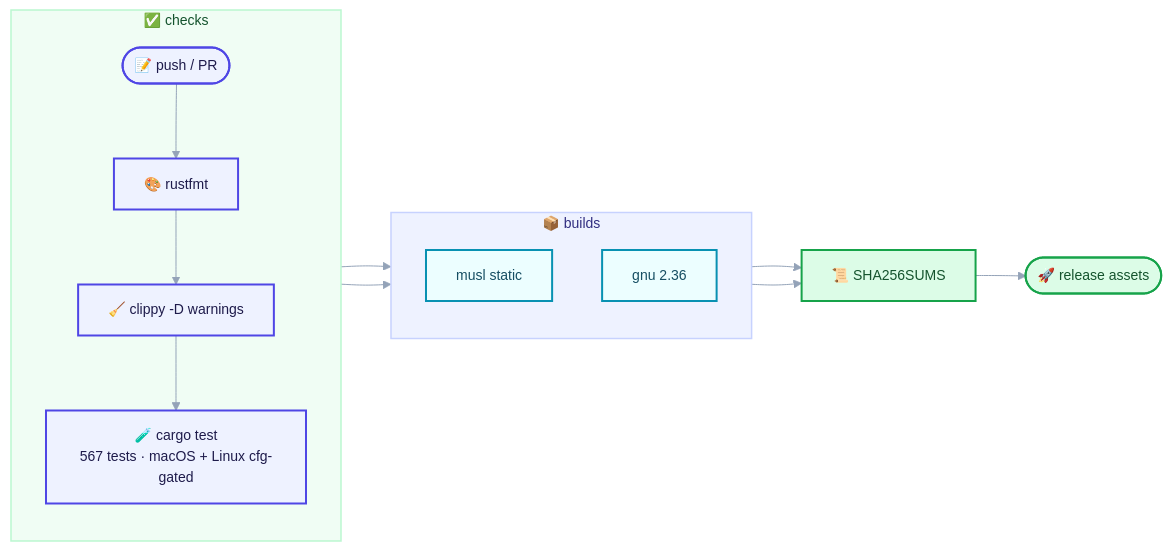
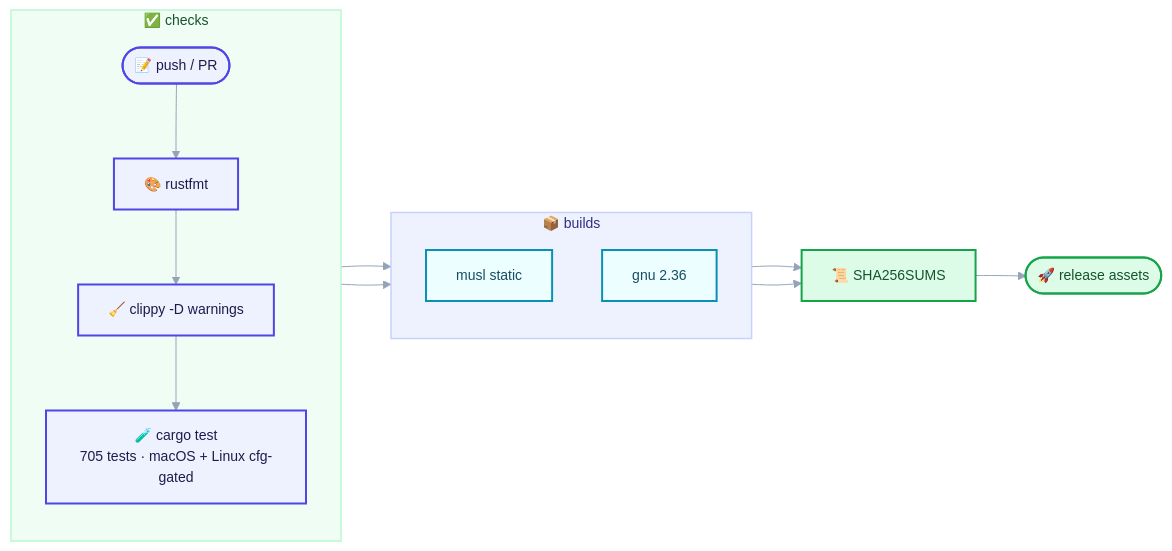
One commit to Terutoki/MyQUIC2 changed diagram 31 of 31 in README.md. Above: the diagram before and after it, drawn with Mermaid. The commit also changed other lines of this file and 2 other files, not shown here.

````diff
--- a/README.md
+++ b/README.md
@@ -2168,30 +2168,30 @@
 ```mermaid
 %%{init: {"theme":"base","themeVariables":{"fontSize":"14px","lineColor":"#94a3b8","textColor":"#0f172a","edgeLabelBackground":"#f8fafc"}}}%%
 flowchart LR
     accTitle: Continuous integration and release pipeline
     accDescr: Formatting, Clippy, and the full test suite gate two static builds, whose artifacts are hashed and published as release assets.
     subgraph CHECK["✅ checks"]
         direction TB
         C(["📝 push / PR"]) --> F["🎨 rustfmt"]
         F --> L["🧹 clippy -D warnings"]
-        L --> T["🧪 cargo test<br/>567 tests · macOS + Linux cfg-gated"]
+        L --> T["🧪 cargo test<br/>705 tests · macOS + Linux cfg-gated"]
     end
     subgraph BUILD["📦 builds"]
         direction TB
         M["musl static"]
         G["gnu 2.36"]
     end
     T --> M
     T --> G
     M --> A["📜 SHA256SUMS"]
     G --> A
     A --> R(["🚀 release assets"])
     classDef tunnel fill:#eef2ff,stroke:#4f46e5,stroke-width:2px,color:#1e1b4b
     classDef wire fill:#ecfeff,stroke:#0891b2,stroke-width:2px,color:#164e63
     classDef edge fill:#dcfce7,stroke:#16a34a,stroke-width:2px,color:#14532d
     class C,F,L,T tunnel
     class M,G wire
     class A,R edge
     style CHECK fill:#f0fdf4,stroke:#bbf7d0,stroke-width:1.5px,color:#14532d
     style BUILD fill:#eef2ff,stroke:#c7d2fe,stroke-width:1.5px,color:#312e81
 ```
````
